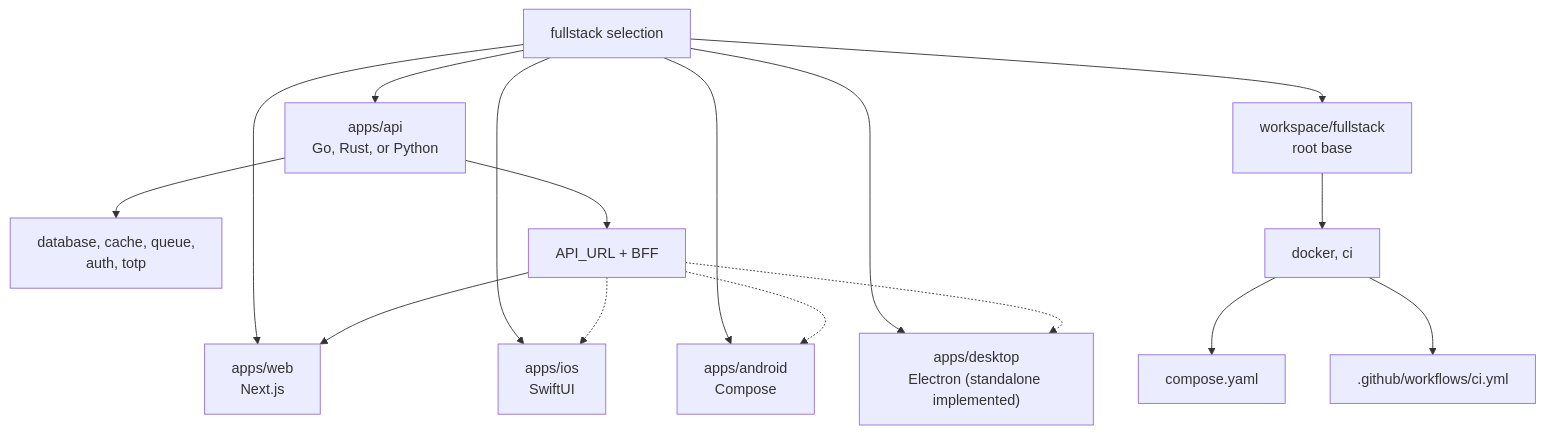
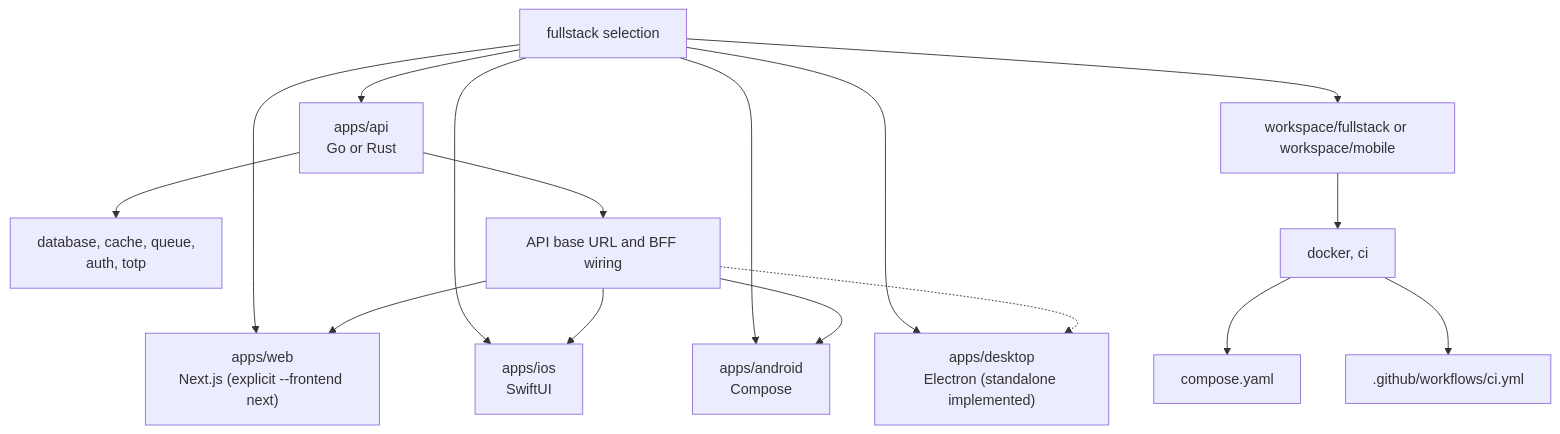
One commit to BoatengPeter/smokeforge changed the seventh of 10 diagrams in docs/architecture.md. Above: the diagram before and after it, drawn with Mermaid. The commit also changed 17 other files, not shown here.

First line of the commit message:
feat(mobile): compose iOS and optional web workspaces

````diff
--- a/docs/architecture.md
+++ b/docs/architecture.md
@@ -232,19 +232,19 @@
 ```mermaid
 flowchart TD
-    wizard["fullstack selection"] --> api["apps/api\nGo, Rust, or Python"]
-    wizard --> web["apps/web\nNext.js"]
+    wizard["fullstack selection"] --> api["apps/api\nGo or Rust"]
+    wizard --> web["apps/web\nNext.js (explicit --frontend next)"]
     wizard --> ios["apps/ios\nSwiftUI"]
     wizard --> android["apps/android\nCompose"]
     wizard --> desktop["apps/desktop\nElectron (standalone implemented)"]
-    wizard --> root["workspace/fullstack\nroot base"]
+    wizard --> root["workspace/fullstack or workspace/mobile"]
 
     api --> apiFeatures["database, cache, queue,\nauth, totp"]
     root --> repoFeatures["docker, ci"]
     repoFeatures --> compose["compose.yaml"]
     repoFeatures --> workflows[".github/workflows/ci.yml"]
-    api --> wiring["API_URL + BFF"]
+    api --> wiring["API base URL and BFF wiring"]
     wiring --> web
-    wiring -.-> ios
-    wiring -.-> android
+    wiring --> ios
+    wiring --> android
     wiring -.-> desktop
 ```
````
